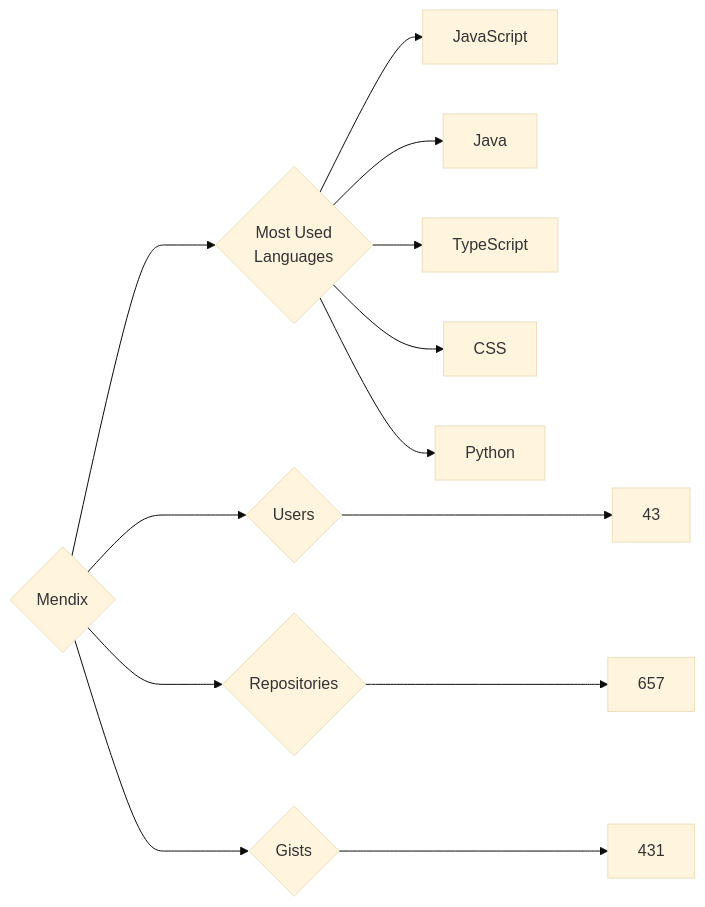
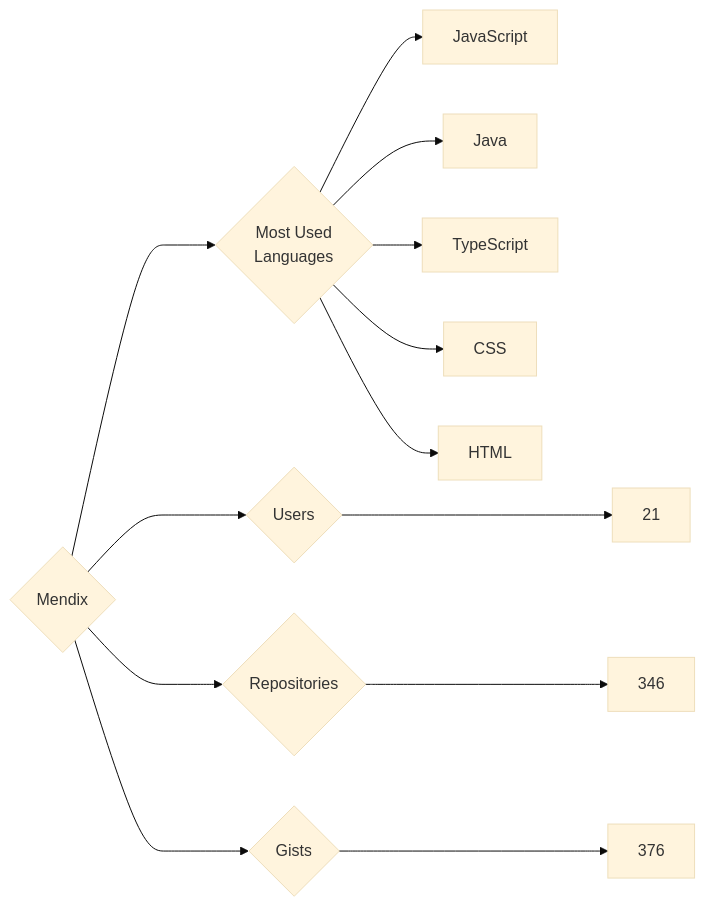
One commit to trickest/insiders changed the diagram in targets/Mendix/README.md. Above: the diagram before and after it, drawn with Mermaid (base theme). The commit also changed 681 other files, not shown here.

````diff
--- a/targets/Mendix/README.md
+++ b/targets/Mendix/README.md
@@ -3,13 +3,13 @@
 ```mermaid
 graph LR
 COMPANY_NAME{Mendix}
-COMPANY_NAME ---> U{Users} ---> UN[43]
-COMPANY_NAME ---> R{Repositories} ---> RN[657]
-COMPANY_NAME ---> G{Gists} ---> GN[431]
+COMPANY_NAME ---> U{Users} ---> UN[21]
+COMPANY_NAME ---> R{Repositories} ---> RN[346]
+COMPANY_NAME ---> G{Gists} ---> GN[376]
 COMPANY_NAME ---> ML{Most Used<br>Languages}
 ML --> JavaScript[JavaScript]
 ML --> Java[Java]
 ML --> TypeScript[TypeScript]
 ML --> CSS[CSS]
-ML --> Python[Python]
+ML --> HTML[HTML]
 ```
````
